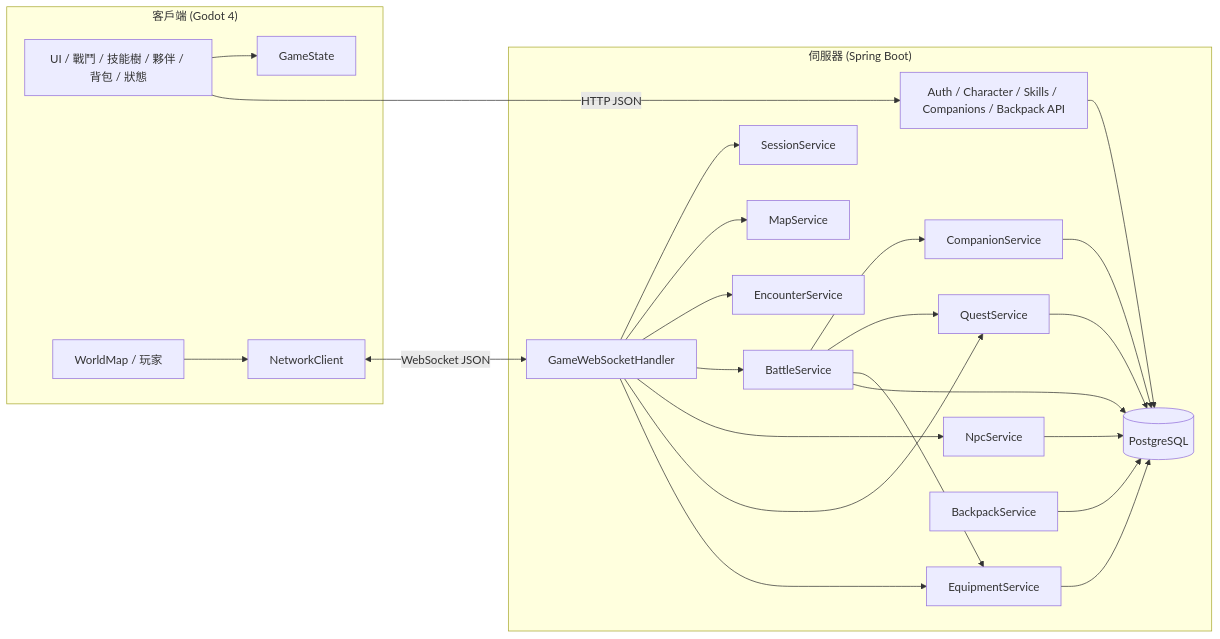
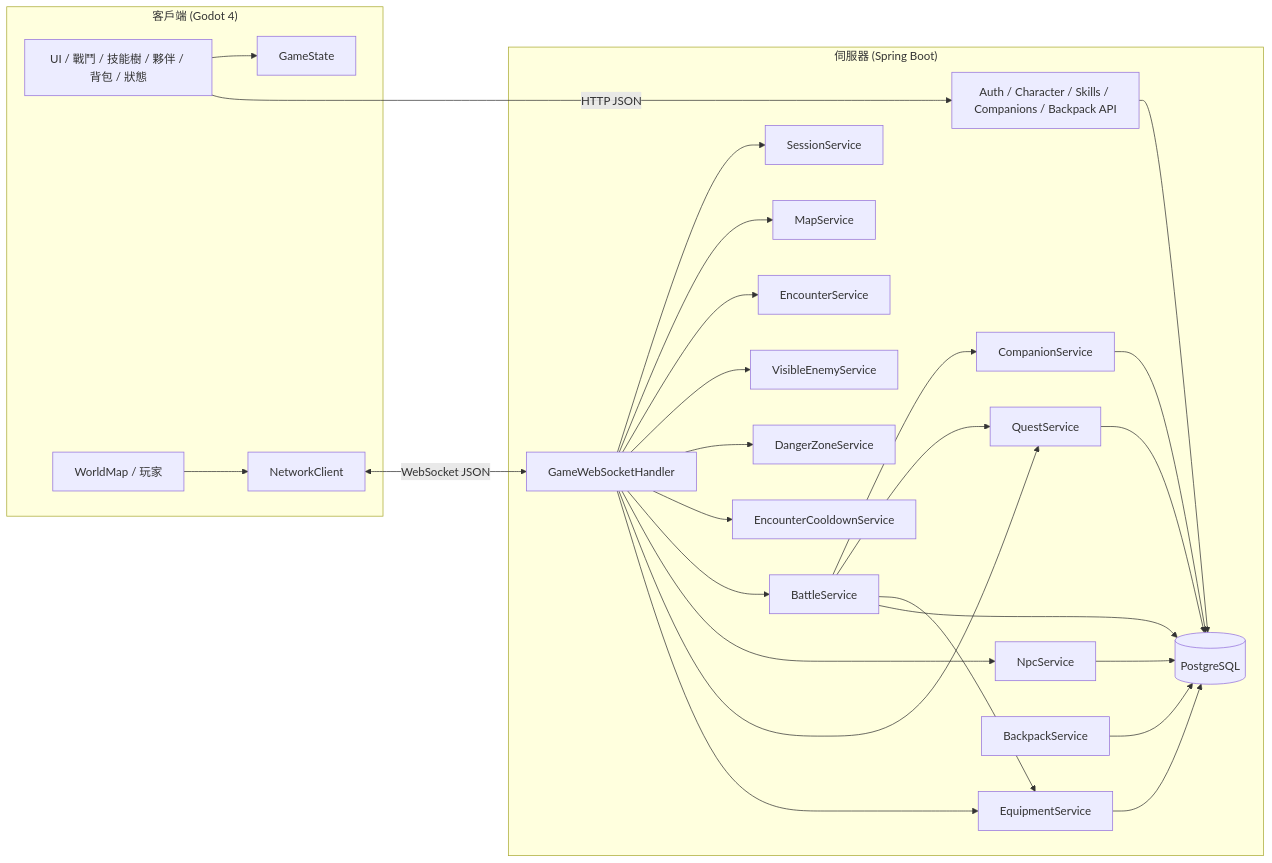
Before and after one commit to cliffjusttest/DeJaBu: the diagram in README.md, drawn with Mermaid. The commit also changed other lines of this file and 17 other files, not shown here.

First line of the commit message:
feat: replace random walk encounters with visible chase and danger zones

````diff
--- a/README.md
+++ b/README.md
@@ -7,46 +7,52 @@
 ```mermaid
 flowchart LR
     subgraph Client["客戶端 (Godot 4)"]
         UI[UI / 戰鬥 / 技能樹 / 夥伴 / 背包 / 狀態]
         World[WorldMap / 玩家]
         Net[NetworkClient]
         State[GameState]
     end
 
     subgraph Server["伺服器 (Spring Boot)"]
         REST[Auth / Character / Skills / Companions / Backpack API]
         WS[GameWebSocketHandler]
         Session[SessionService]
         Battle[BattleService]
         Map[MapService]
         Encounter[EncounterService]
+        VisibleEnemy[VisibleEnemyService]
+        DangerZone[DangerZoneService]
+        Cooldown[EncounterCooldownService]
         Companion[CompanionService]
         NPC[NpcService]
         Quest[QuestService]
         Equipment[EquipmentService]
         Backpack[BackpackService]
         DB[(PostgreSQL)]
     end
 
     UI --> State
     World --> Net
     UI -->|HTTP JSON| REST
     Net <-->|WebSocket JSON| WS
     REST --> DB
     WS --> Session
     WS --> Map
     WS --> Encounter
+    WS --> VisibleEnemy
+    WS --> DangerZone
+    WS --> Cooldown
     WS --> Battle
     WS --> NPC
     WS --> Quest
     WS --> Equipment
     Battle --> Companion
     Battle --> Quest
     Battle --> Equipment
     Battle --> DB
     Companion --> DB
     NPC --> DB
     Quest --> DB
     Equipment --> DB
     Backpack --> DB
 ```
````
